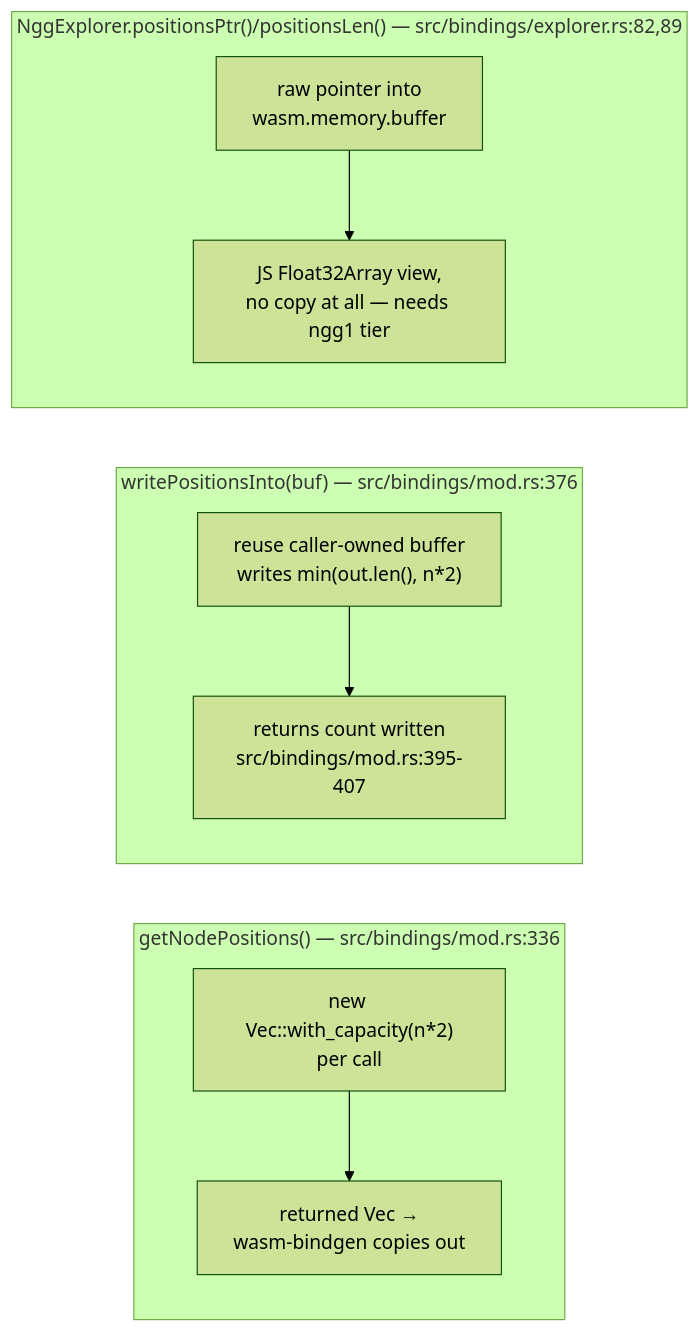
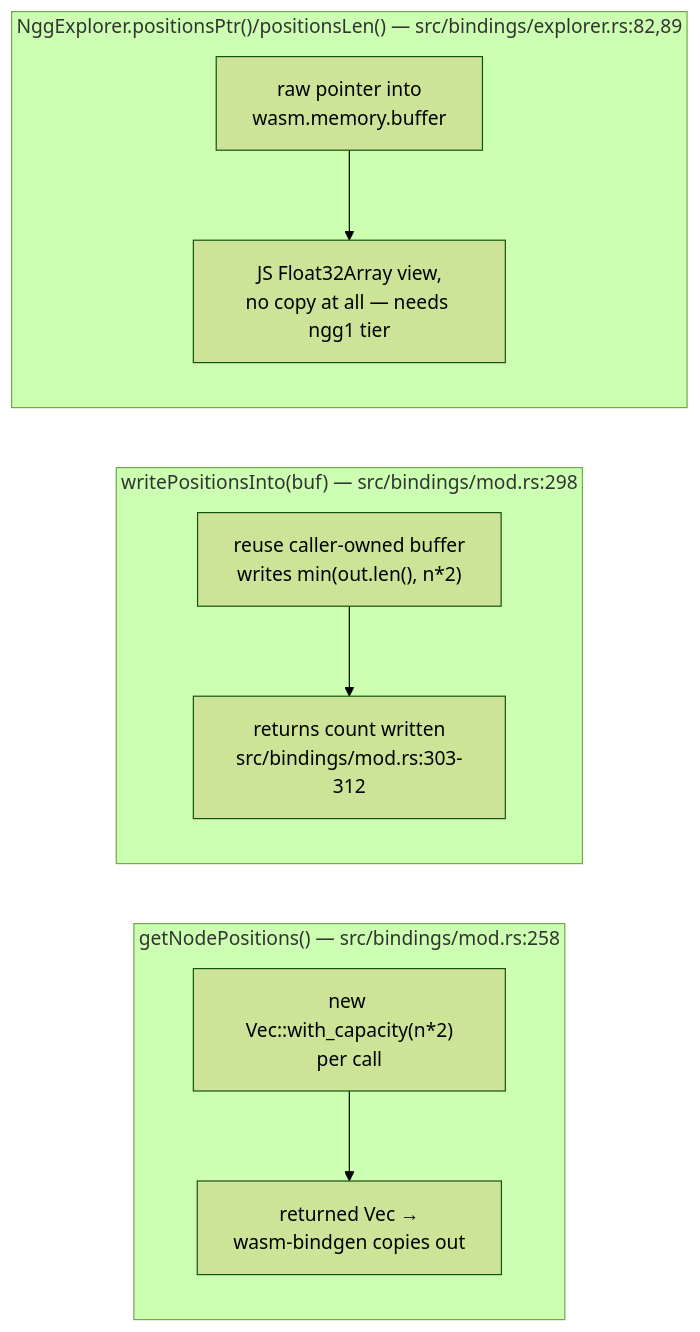
One commit to DreamLab-AI/VisionFlow changed the second of 7 diagrams in docs/diagrams/vowl-wasm/04-js-api-examples-and-consumers.md. Above: the diagram before and after it, drawn with Mermaid (forest theme). The commit also changed other lines of this file and 160 other files, not shown here.

````diff
--- a/docs/diagrams/vowl-wasm/04-js-api-examples-and-consumers.md
+++ b/docs/diagrams/vowl-wasm/04-js-api-examples-and-consumers.md
@@ -47,12 +53,12 @@
 ```mermaid
 flowchart LR
-    subgraph Alloc["getNodePositions() — src/bindings/mod.rs:336"]
+    subgraph Alloc["getNodePositions() — src/bindings/mod.rs:258"]
         A1["new Vec::with_capacity(n*2)<br/>per call"] --> A2["returned Vec<f32> →<br/>wasm-bindgen copies out"]
     end
-    subgraph NoAlloc["writePositionsInto(buf) — src/bindings/mod.rs:376"]
-        B1["reuse caller-owned buffer<br/>writes min(out.len(), n*2)"] --> B2["returns count written<br/>src/bindings/mod.rs:395-407"]
+    subgraph NoAlloc["writePositionsInto(buf) — src/bindings/mod.rs:298"]
+        B1["reuse caller-owned buffer<br/>writes min(out.len(), n*2)"] --> B2["returns count written<br/>src/bindings/mod.rs:303-312"]
     end
     subgraph ZeroCopy["NggExplorer.positionsPtr()/positionsLen() — src/bindings/explorer.rs:82,89"]
         C1["raw pointer into<br/>wasm.memory.buffer"] --> C2["JS Float32Array view,<br/>no copy at all — needs ngg1 tier"]
     end
 ```
````
